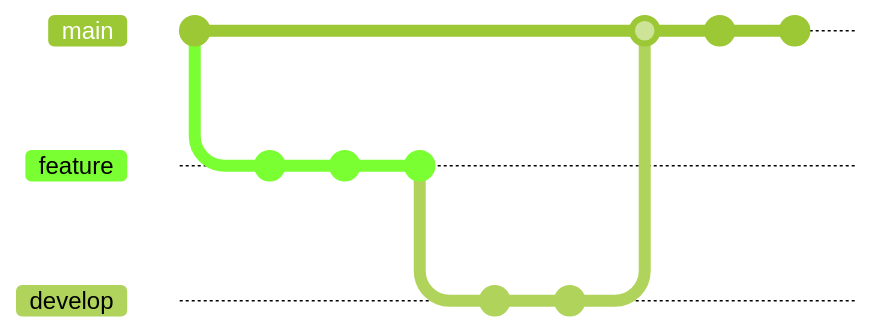
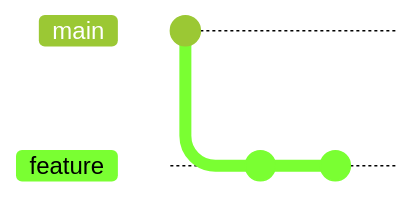
Before and after one commit to petitess/markdown: the diagram in mermaid04.md, drawn with Mermaid (forest theme). Commit ids are hidden.

````diff
--- a/mermaid04.md
+++ b/mermaid04.md
@@ -1,16 +1,8 @@
 ```mermaid
 gitGraph
        commit
        branch feature
        commit
        commit
-       commit
-       branch develop
-       checkout develop
-       commit
-       commit
-       checkout main
-       merge develop
-       commit
-       commit
+
 ```
````
